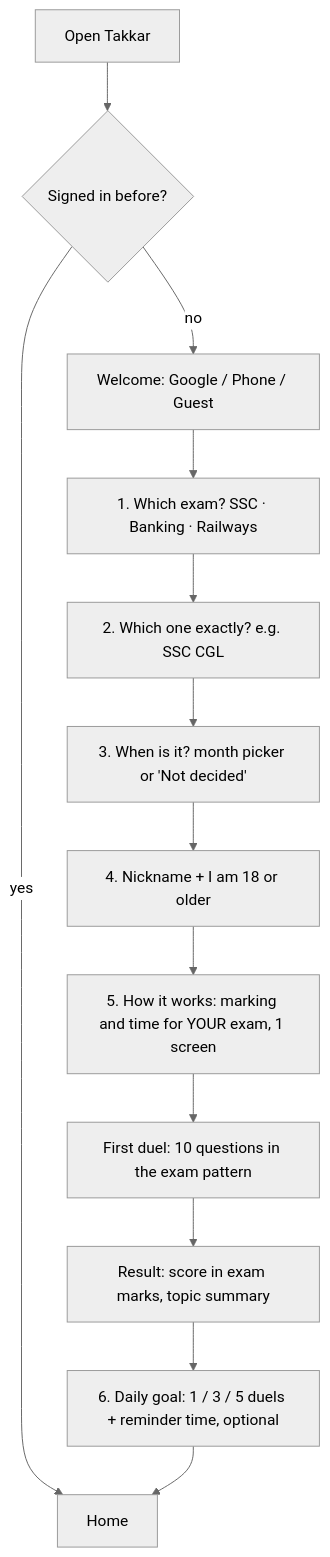
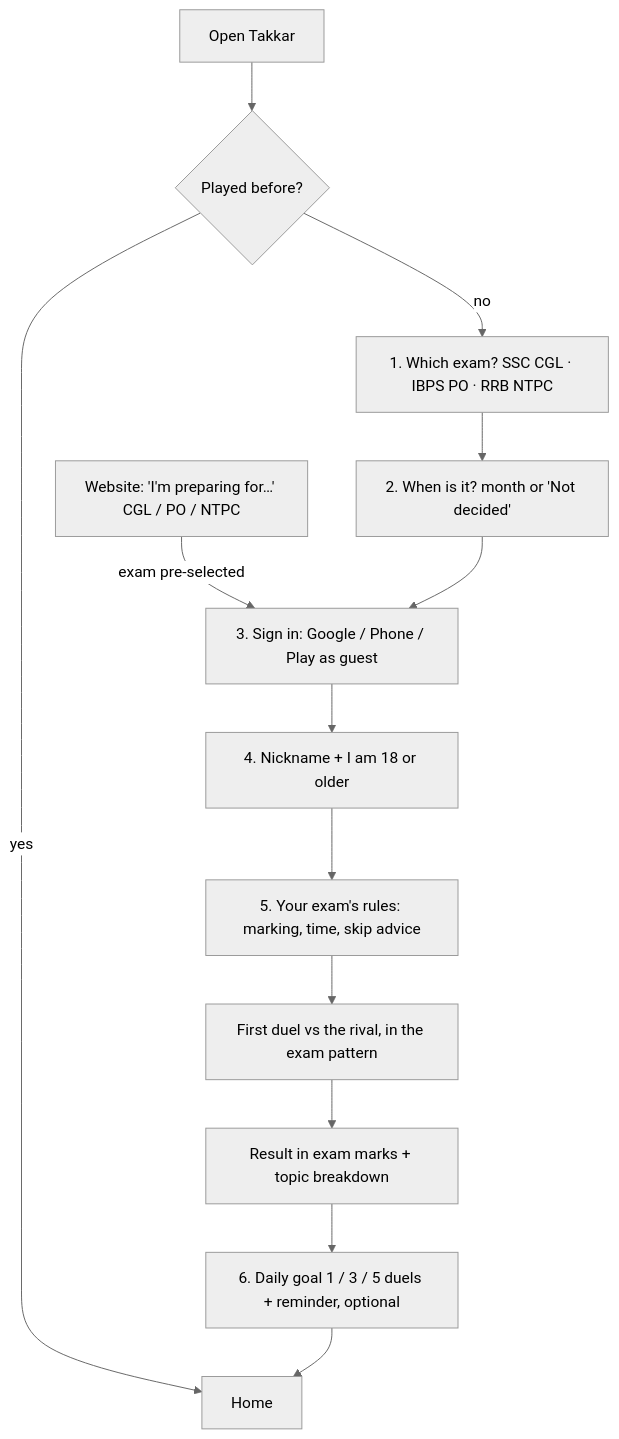
One commit to dharmendra3840/takkar changed the first of 6 diagrams in design/02-user-flows.md. Above: the diagram before and after it, drawn with Mermaid (neutral theme). The commit also changed other lines of this file and 9 other files, not shown here.

````diff
--- a/design/02-user-flows.md
+++ b/design/02-user-flows.md
@@ -9,15 +7,15 @@
 ```mermaid
 flowchart TD
-  A[Open Takkar] --> B{Signed in before?}
+  W0[Website: 'I'm preparing for…' CGL / PO / NTPC] -->|exam pre-selected| C
+  A[Open Takkar] --> B{Played before?}
   B -- yes --> H[Home]
-  B -- no --> C[Welcome: Google / Phone / Guest]
-  C --> D[1. Which exam? SSC · Banking · Railways]
-  D --> E[2. Which one exactly? e.g. SSC CGL]
-  E --> F[3. When is it? month picker or 'Not decided']
-  F --> G[4. Nickname + I am 18 or older]
-  G --> P[5. How it works: marking and time for YOUR exam, 1 screen]
-  P --> Q[First duel: 10 questions in the exam pattern]
-  Q --> R[Result: score in exam marks, topic summary]
-  R --> S[6. Daily goal: 1 / 3 / 5 duels + reminder time, optional]
+  B -- no --> E[1. Which exam? SSC CGL · IBPS PO · RRB NTPC]
+  E --> F[2. When is it? month or 'Not decided']
+  F --> C[3. Sign in: Google / Phone / Play as guest]
+  C --> G[4. Nickname + I am 18 or older]
+  G --> P[5. Your exam's rules: marking, time, skip advice]
+  P --> Q[First duel vs the rival, in the exam pattern]
+  Q --> R[Result in exam marks + topic breakdown]
+  R --> S[6. Daily goal 1 / 3 / 5 duels + reminder, optional]
   S --> H
 ```
````
